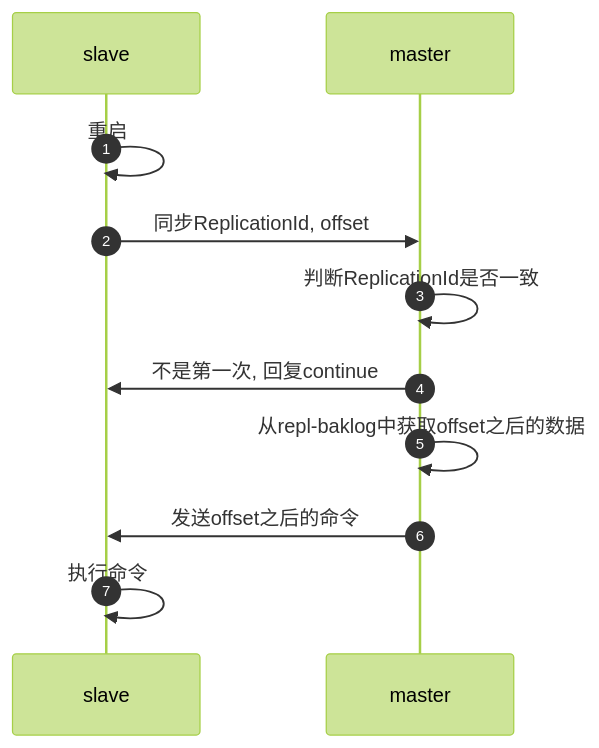
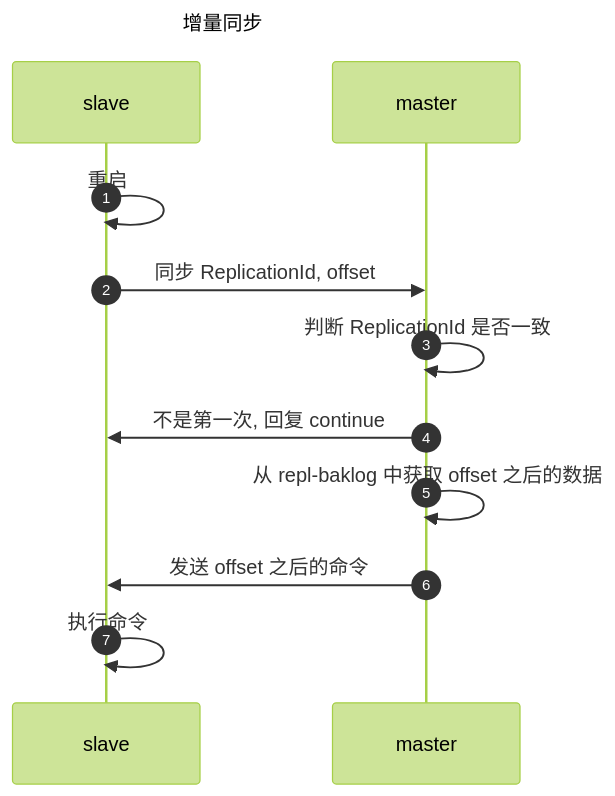
One commit to dingyuqi/keep-it-simple-site changed the second of 2 diagrams in docs/1. 数据库/12.2024-09-04-Redis 详解.md. Above: the diagram before and after it, drawn with Mermaid (forest theme). The commit also changed other lines of this file and 3 other files, not shown here.

````diff
--- a/docs/1. 数据库/12.2024-09-04-Redis 详解.md
+++ b/docs/1. 数据库/12.2024-09-04-Redis 详解.md
@@ -76,11 +82,14 @@
 ``` mermaid
+---
+title: 增量同步
+---
 sequenceDiagram
     autonumber
     slave->>slave: 重启
-    slave->>master: 同步ReplicationId, offset
-    master->>master: 判断ReplicationId是否一致
-    master->>slave: 不是第一次, 回复continue
-    master->>master: 从repl-baklog中获取offset之后的数据
-    master->>slave: 发送offset之后的命令
+    slave->>master: 同步 ReplicationId, offset
+    master->>master: 判断 ReplicationId 是否一致
+    master->>slave: 不是第一次, 回复 continue
+    master->>master: 从 repl-baklog 中获取 offset 之后的数据
+    master->>slave: 发送 offset 之后的命令
     slave->>slave: 执行命令
 ```
````
